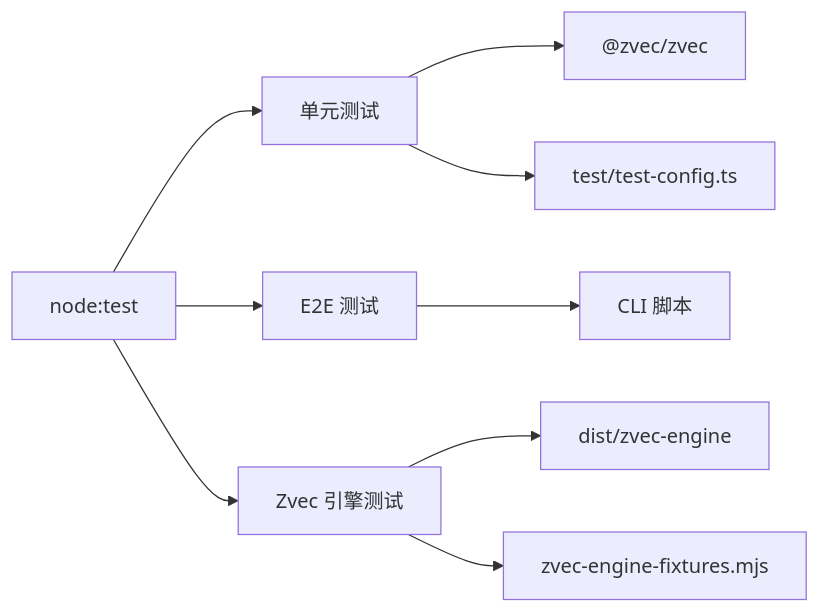
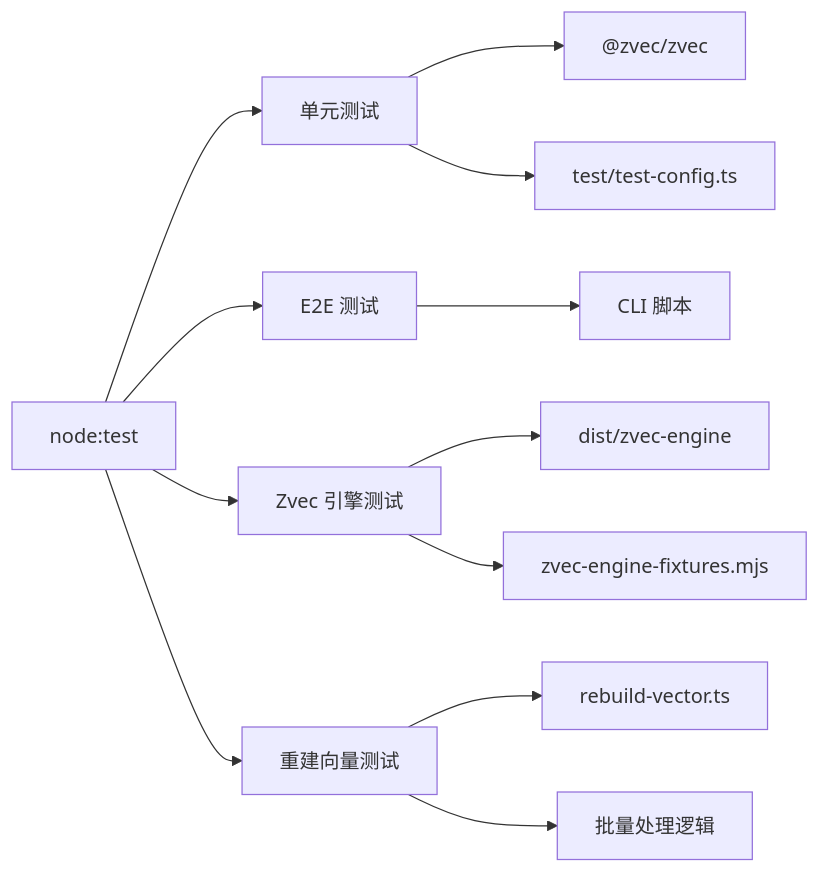
One commit to HACK-WU/kisearch changed the fifth of 5 diagrams in .qoder/repowiki/zh/content/开发指南/测试指南/测试指南.md. Above: the diagram before and after it, drawn with Mermaid. The commit also changed other lines of this file and 129 other files, not shown here.

````diff
--- a/.qoder/repowiki/zh/content/开发指南/测试指南/测试指南.md
+++ b/.qoder/repowiki/zh/content/开发指南/测试指南/测试指南.md
@@ -262,11 +328,14 @@
 ```mermaid
 graph LR
 A["node:test"] --> B["单元测试"]
 A --> C["E2E 测试"]
 A --> D["Zvec 引擎测试"]
-B --> E["@zvec/zvec"]
-C --> F["CLI 脚本"]
-D --> G["dist/zvec-engine"]
-B --> H["test/test-config.ts"]
-D --> I["zvec-engine-fixtures.mjs"]
+A --> E["重建向量测试"]
+B --> F["@zvec/zvec"]
+C --> G["CLI 脚本"]
+D --> H["dist/zvec-engine"]
+E --> I["rebuild-vector.ts"]
+B --> J["test/test-config.ts"]
+D --> K["zvec-engine-fixtures.mjs"]
+E --> L["批量处理逻辑"]
 ```
````
